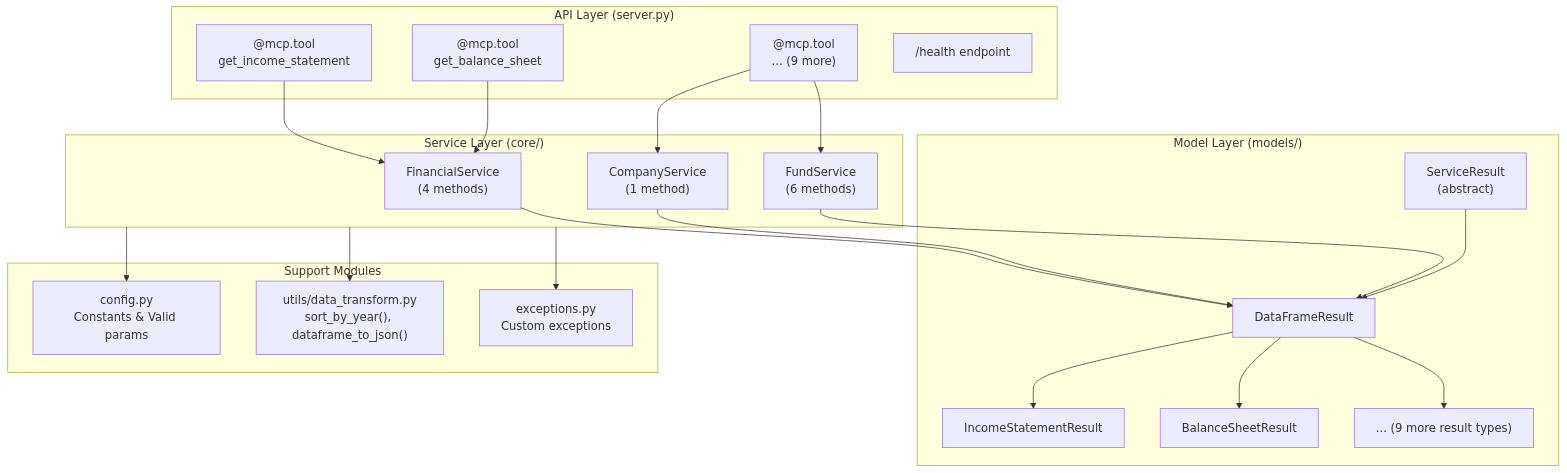
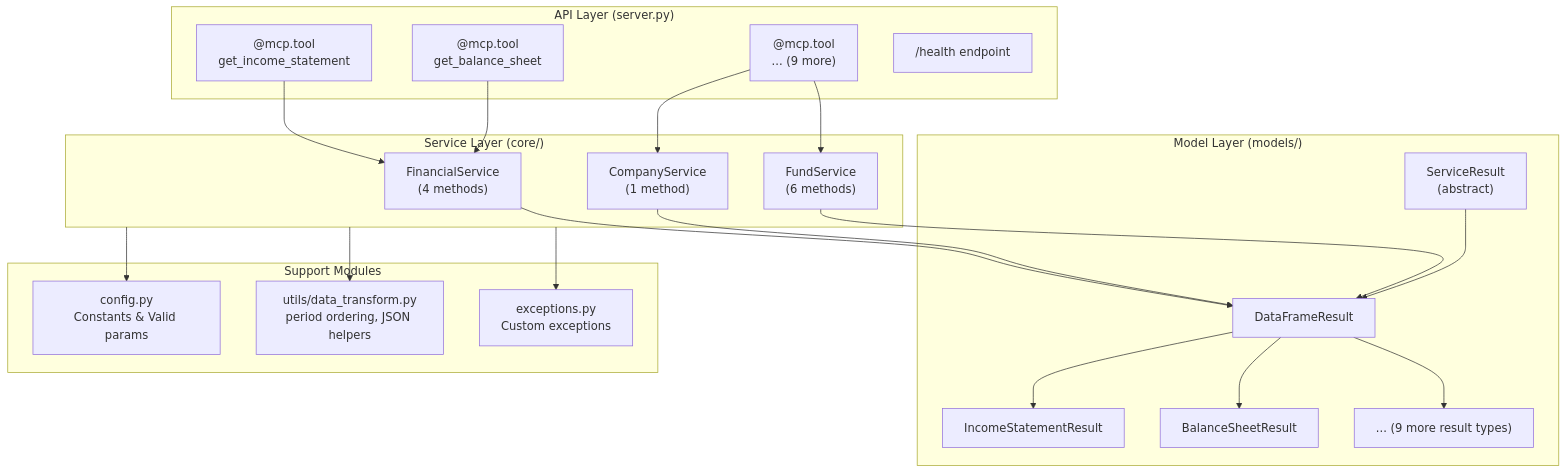
One commit to gahoccode/vnstock-mcp changed the second of 5 diagrams in docs/ARCHITECTURE.md. Above: the diagram before and after it, drawn with Mermaid. The commit also changed other lines of this file and 32 other files, not shown here.

````diff
--- a/docs/ARCHITECTURE.md
+++ b/docs/ARCHITECTURE.md
@@ -49,47 +49,47 @@
 ```mermaid
 flowchart TB
     subgraph API["API Layer (server.py)"]
         Tool1["@mcp.tool<br/>get_income_statement"]
         Tool2["@mcp.tool<br/>get_balance_sheet"]
         Tool3["@mcp.tool<br/>... (9 more)"]
         Health["/health endpoint"]
     end
 
     subgraph Service["Service Layer (core/)"]
         FinancialService["FinancialService<br/>(4 methods)"]
         CompanyService["CompanyService<br/>(1 method)"]
         FundService["FundService<br/>(6 methods)"]
     end
 
     subgraph Model["Model Layer (models/)"]
         ServiceResult["ServiceResult<br/>(abstract)"]
         DataFrameResult["DataFrameResult"]
         IncomeResult["IncomeStatementResult"]
         BalanceResult["BalanceSheetResult"]
         OtherResults["... (9 more result types)"]
     end
 
     subgraph Support["Support Modules"]
         Config["config.py<br/>Constants & Valid params"]
-        Utils["utils/data_transform.py<br/>sort_by_year(), dataframe_to_json()"]
+        Utils["utils/data_transform.py<br/>period ordering, JSON helpers"]
         Exceptions["exceptions.py<br/>Custom exceptions"]
     end
 
     Tool1 --> FinancialService
     Tool2 --> FinancialService
     Tool3 --> CompanyService
     Tool3 --> FundService
 
     FinancialService --> DataFrameResult
     CompanyService --> DataFrameResult
     FundService --> DataFrameResult
 
     ServiceResult --> DataFrameResult
     DataFrameResult --> IncomeResult
     DataFrameResult --> BalanceResult
     DataFrameResult --> OtherResults
 
     Service --> Utils
     Service --> Config
     Service --> Exceptions
 ```
````
